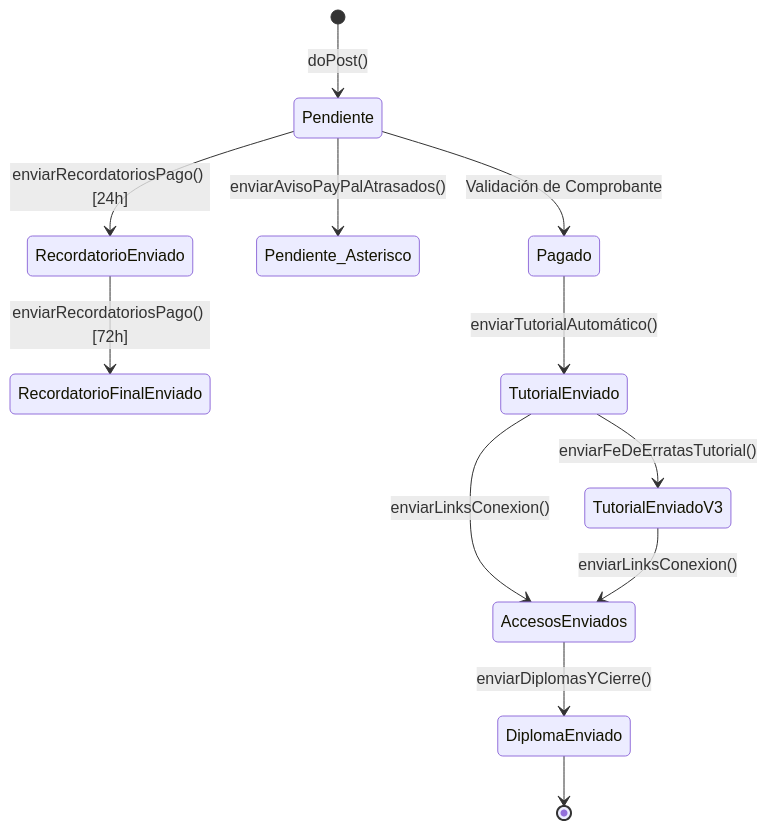
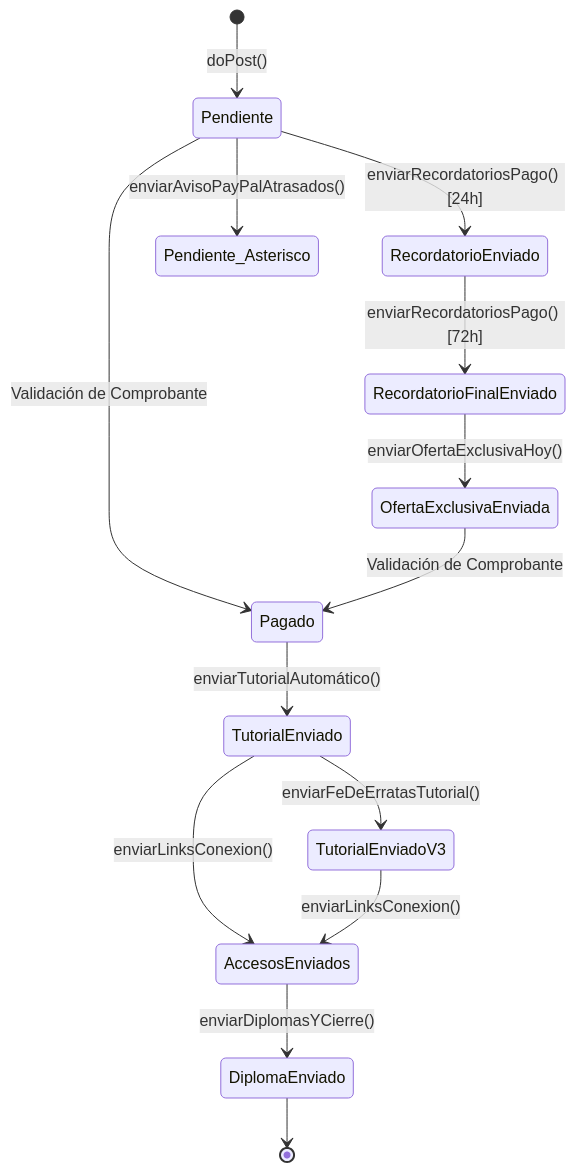
Before and after one commit to geoidegeoidal/spatial-ia-web: the diagram in openspec/specs/crm-automation/spec.md, drawn with Mermaid. The commit also changed other lines of this file and 11 other files, not shown here.

````diff
--- a/openspec/specs/crm-automation/spec.md
+++ b/openspec/specs/crm-automation/spec.md
@@ -28,17 +28,19 @@
 ```mermaid
 stateDiagram-v2
     [*] --> Pendiente: doPost()
     Pendiente --> RecordatorioEnviado: enviarRecordatoriosPago() [24h]
     RecordatorioEnviado --> RecordatorioFinalEnviado: enviarRecordatoriosPago() [72h]
+    RecordatorioFinalEnviado --> OfertaExclusivaEnviada: enviarOfertaExclusivaHoy()
     Pendiente --> Pendiente_Asterisco: enviarAvisoPayPalAtrasados()
     
     Pendiente --> Pagado: Validación de Comprobante
+    OfertaExclusivaEnviada --> Pagado: Validación de Comprobante
     Pagado --> TutorialEnviado: enviarTutorialAutomático()
     TutorialEnviado --> TutorialEnviadoV3: enviarFeDeErratasTutorial()
     
     TutorialEnviado --> AccesosEnviados: enviarLinksConexion()
     TutorialEnviadoV3 --> AccesosEnviados: enviarLinksConexion()
     
     AccesosEnviados --> DiplomaEnviado: enviarDiplomasYCierre()
     DiplomaEnviado --> [*]
 ```
````
